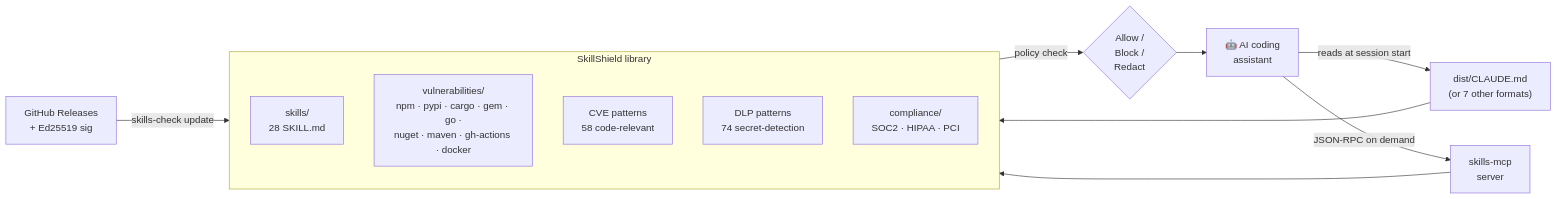
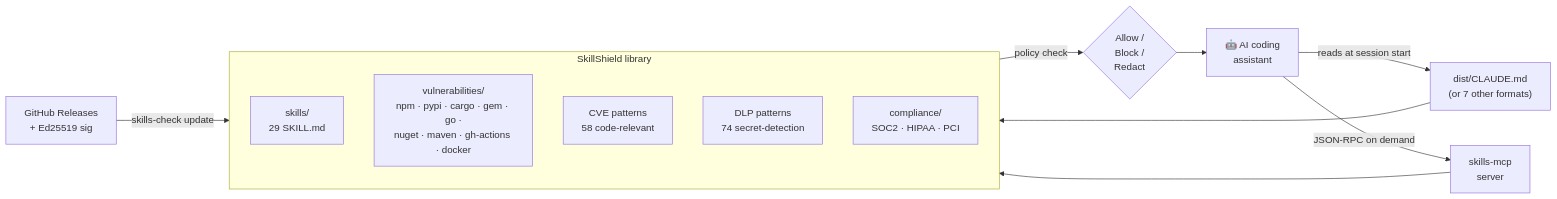
The diagram in docs/index.md (nguyencongnamit/skills-library), drawn with Mermaid before and after one commit. The commit also changed other lines of this file and 2 other files, not shown here.

````diff
--- a/docs/index.md
+++ b/docs/index.md
@@ -98,18 +92,18 @@
 ``` mermaid
 flowchart LR
     AI["🤖 AI coding<br/>assistant"] -->|reads at session start| DIST["dist/CLAUDE.md<br/>(or 7 other formats)"]
     AI -->|JSON-RPC on demand| MCP["skills-mcp<br/>server"]
     subgraph LIB [" SkillShield library "]
         direction TB
-        SK["skills/<br/>28 SKILL.md"]
+        SK["skills/<br/>29 SKILL.md"]
         VU["vulnerabilities/<br/>npm · pypi · cargo · gem · go ·<br/>nuget · maven · gh-actions · docker"]
         CV["CVE patterns<br/>58 code-relevant"]
         DLP["DLP patterns<br/>74 secret-detection"]
         CO["compliance/<br/>SOC2 · HIPAA · PCI"]
     end
     DIST --> LIB
     MCP --> LIB
     REL["GitHub Releases<br/>+ Ed25519 sig"] -->|skills-check update| LIB
     LIB -->|policy check| DEC{"Allow /<br/>Block /<br/>Redact"}
     DEC --> AI
 ```
````
